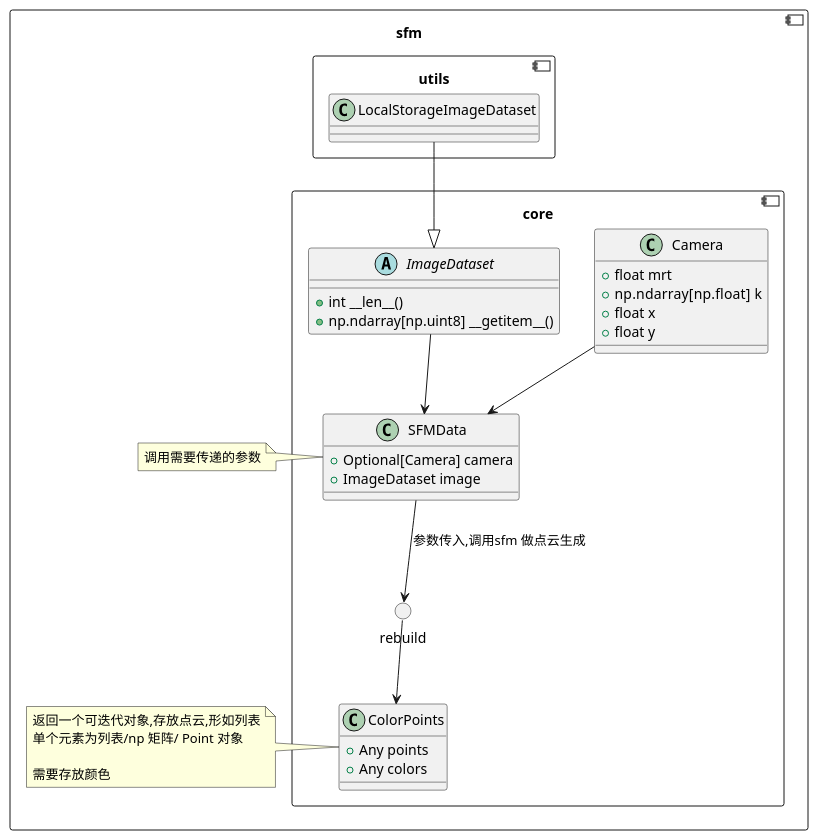
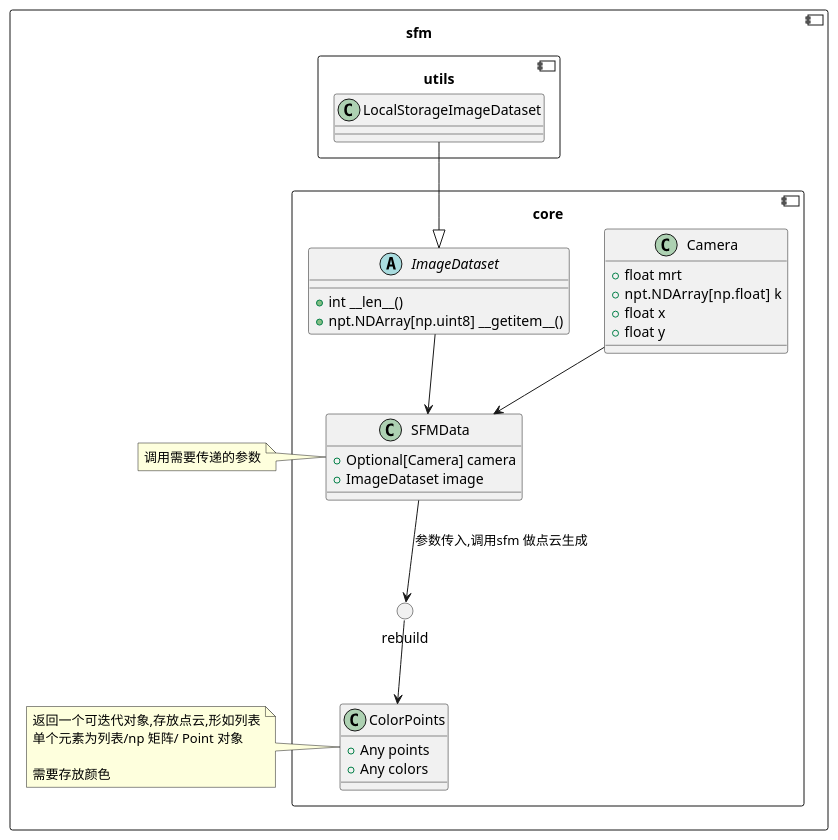
The diagram in docs/设计文档.md (lanhao945/SFM), drawn with PlantUML before and after one commit.

Commit message:
build(修正): typing 写法修正

````diff
--- a/docs/设计文档.md
+++ b/docs/设计文档.md
@@ -5,58 +5,58 @@
 ```plantuml
 @startuml
 component sfm{
     component core{
         class Camera{
             + float mrt
-            + np.ndarray[np.float]  k
+            + npt.NDArray[np.float]  k
             + float x
             + float y
         }
         
         abstract ImageDataset{
             + int __len__()
-            + np.ndarray[np.uint8] __getitem__()
+            + npt.NDArray[np.uint8] __getitem__()
         }
         
         class SFMData{
             + Optional[Camera] camera
             + ImageDataset image
         }
     
         Camera --> SFMData
         ImageDataset --> SFMData
     
         () "rebuild" as sfm_call
         
         SFMData --> sfm_call: 参数传入,调用sfm 做点云生成
         
         class ColorPoints{
             + Any points
             + Any colors
         }
         
         sfm_call --> ColorPoints
     }
 
     note left of ColorPoints
     返回一个可迭代对象,存放点云,形如列表
     单个元素为列表/np 矩阵/ Point 对象
     
     需要存放颜色
     end note
         
     note left of SFMData
     调用需要传递的参数
     end note
     
     component utils{
     
         class LocalStorageImageDataset{
         }
         LocalStorageImageDataset --|> ImageDataset
     }
 }
 
 
 @enduml
 ```
````
